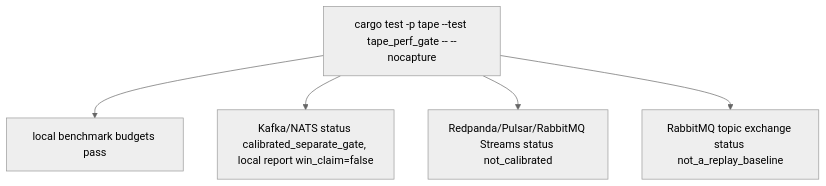
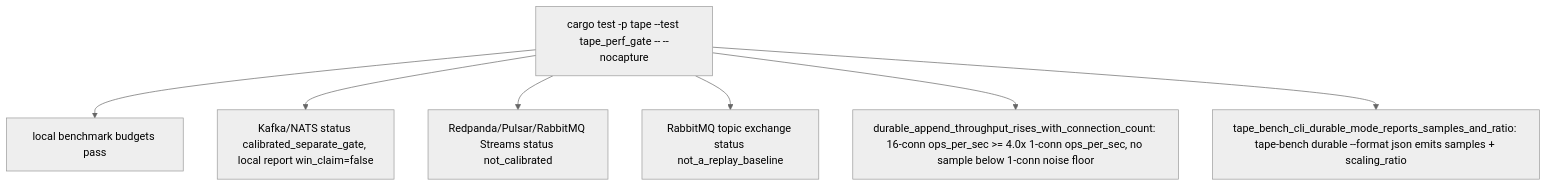
The diagram in apps/tape/tech-design/semantic/source/apps-tape-tests-tape-perf-gate-rs.md (chrischeng-c4/axiom), drawn with Mermaid (neutral theme) before and after one commit. The commit also changed other lines of this file and 9 other files, not shown here.

````diff
--- a/apps/tape/tech-design/semantic/source/apps-tape-tests-tape-perf-gate-rs.md
+++ b/apps/tape/tech-design/semantic/source/apps-tape-tests-tape-perf-gate-rs.md
@@ -26,10 +35,12 @@
 ```mermaid
 ---
 id: tape-td-flow
 ---
 flowchart TD
     test["cargo test -p tape --test tape_perf_gate -- --nocapture"] --> local["local benchmark budgets pass"]
     test --> calibrated["Kafka/NATS status calibrated_separate_gate, local report win_claim=false"]
     test --> peers["Redpanda/Pulsar/RabbitMQ Streams status not_calibrated"]
     test --> exchange["RabbitMQ topic exchange status not_a_replay_baseline"]
+    test --> durable["durable_append_throughput_rises_with_connection_count: 16-conn ops_per_sec >= 4.0x 1-conn ops_per_sec, no sample below 1-conn noise floor"]
+    test --> durable_cli["tape_bench_cli_durable_mode_reports_samples_and_ratio: tape-bench durable --format json emits samples + scaling_ratio"]
 ```
````
